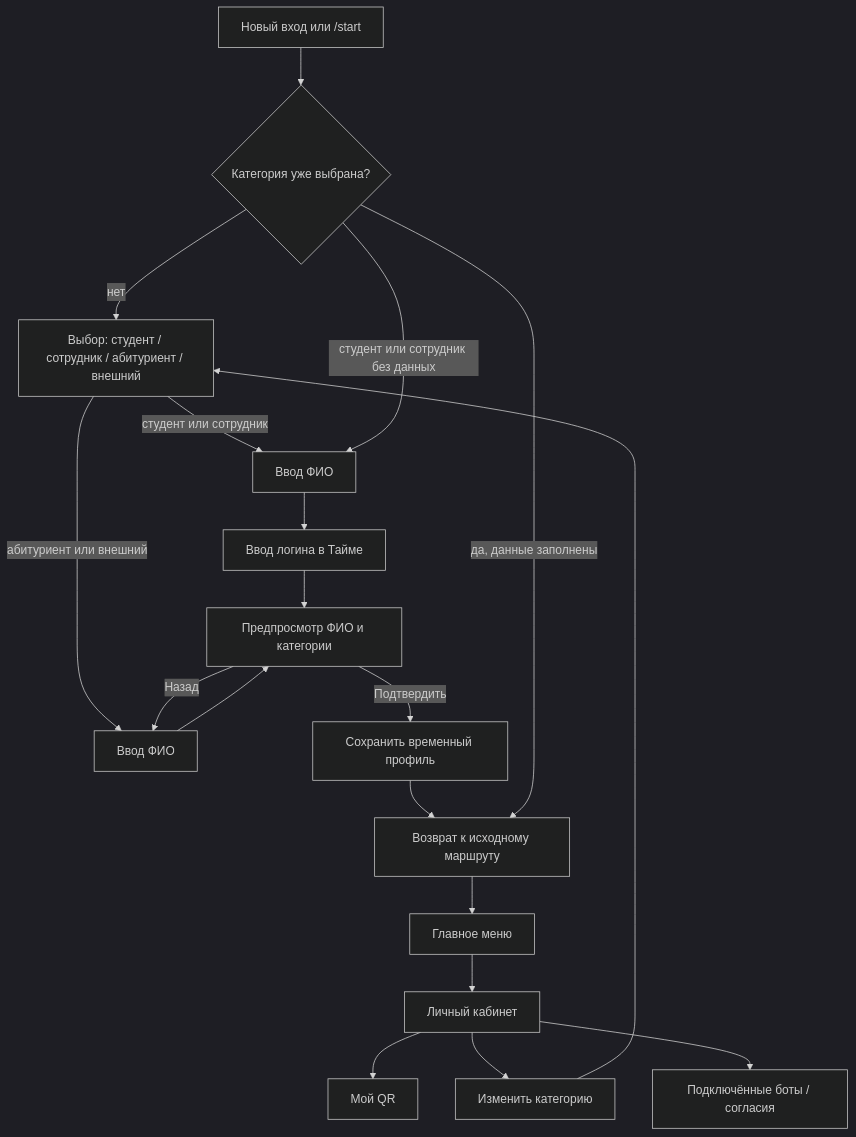
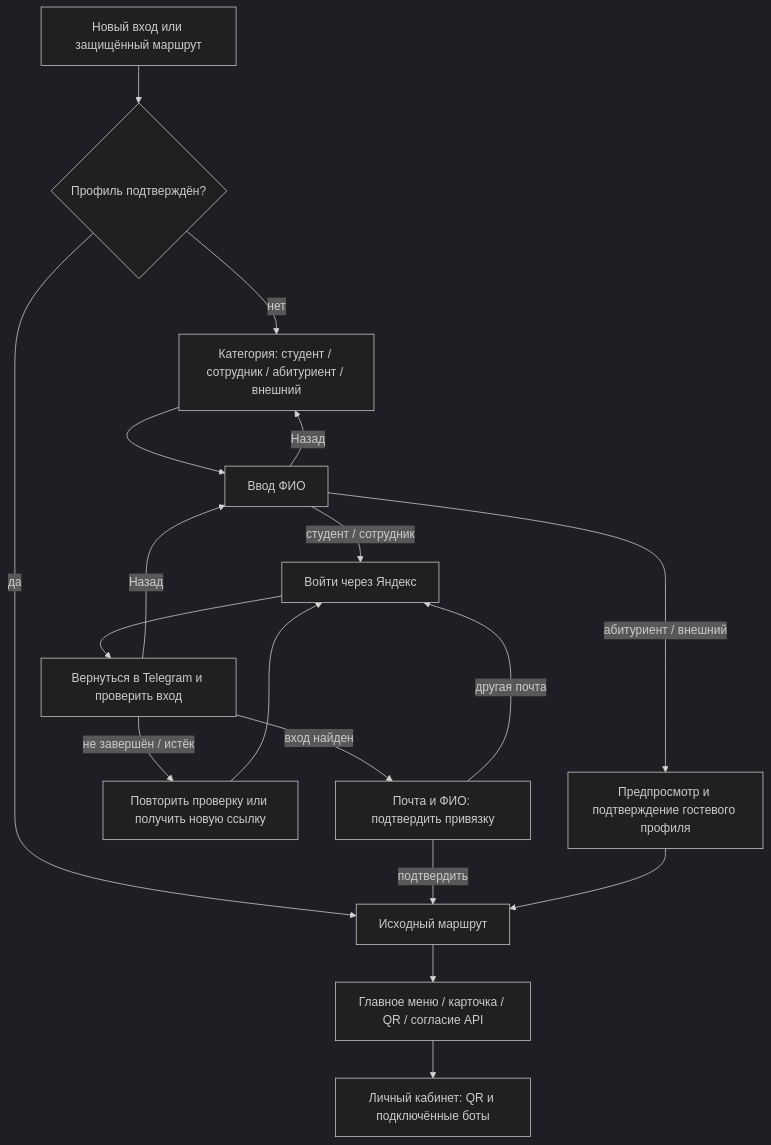
One commit to JediKitten/cu-clubs-bot changed the first of 6 diagrams in docs/ux-map.md. Above: the diagram before and after it, drawn with Mermaid (dark theme). The commit also changed other lines of this file and 41 other files, not shown here.

````diff
--- a/docs/ux-map.md
+++ b/docs/ux-map.md
@@ -35,21 +43,20 @@
 ```mermaid
 flowchart TD
-    A[Новый вход или /start] --> B{Категория уже выбрана?}
-    B -- нет --> C[Выбор: студент / сотрудник / абитуриент / внешний]
-    C -- студент или сотрудник --> N[Ввод ФИО]
-    N --> D[Ввод логина в Тайме]
-    D --> F
-    C -- абитуриент или внешний --> E[Ввод ФИО]
-    E --> F[Предпросмотр ФИО и категории]
-    F -- Назад --> E
-    F -- Подтвердить --> G[Сохранить временный профиль]
-    G --> H[Возврат к исходному маршруту]
-    B -- да, данные заполнены --> H
-    B -- студент или сотрудник без данных --> N
-    H --> I[Главное меню]
-    I --> J[Личный кабинет]
-    J --> K[Мой QR]
-    J --> L[Изменить категорию]
-    L --> C
-    J --> M[Подключённые боты / согласия]
+    A[Новый вход или защищённый маршрут] --> B{Профиль подтверждён?}
+    B -- да --> H[Исходный маршрут]
+    B -- нет --> C[Категория: студент / сотрудник / абитуриент / внешний]
+    C --> N[Ввод ФИО]
+    N -- студент / сотрудник --> D[Войти через Яндекс]
+    D --> E[Вернуться в Telegram и проверить вход]
+    E -- вход найден --> F[Почта и ФИО: подтвердить привязку]
+    F -- подтвердить --> H
+    F -- другая почта --> D
+    E -- не завершён / истёк --> R[Повторить проверку или получить новую ссылку]
+    R --> D
+    E -- Назад --> N
+    N -- Назад --> C
+    N -- абитуриент / внешний --> G[Предпросмотр и подтверждение гостевого профиля]
+    G --> H
+    H --> I[Главное меню / карточка / QR / согласие API]
+    I --> J[Личный кабинет: QR и подключённые боты]
 ```
````
